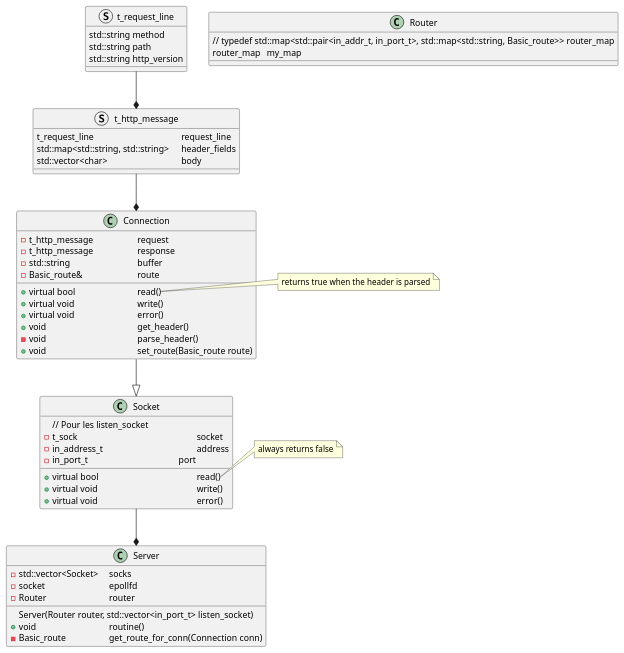
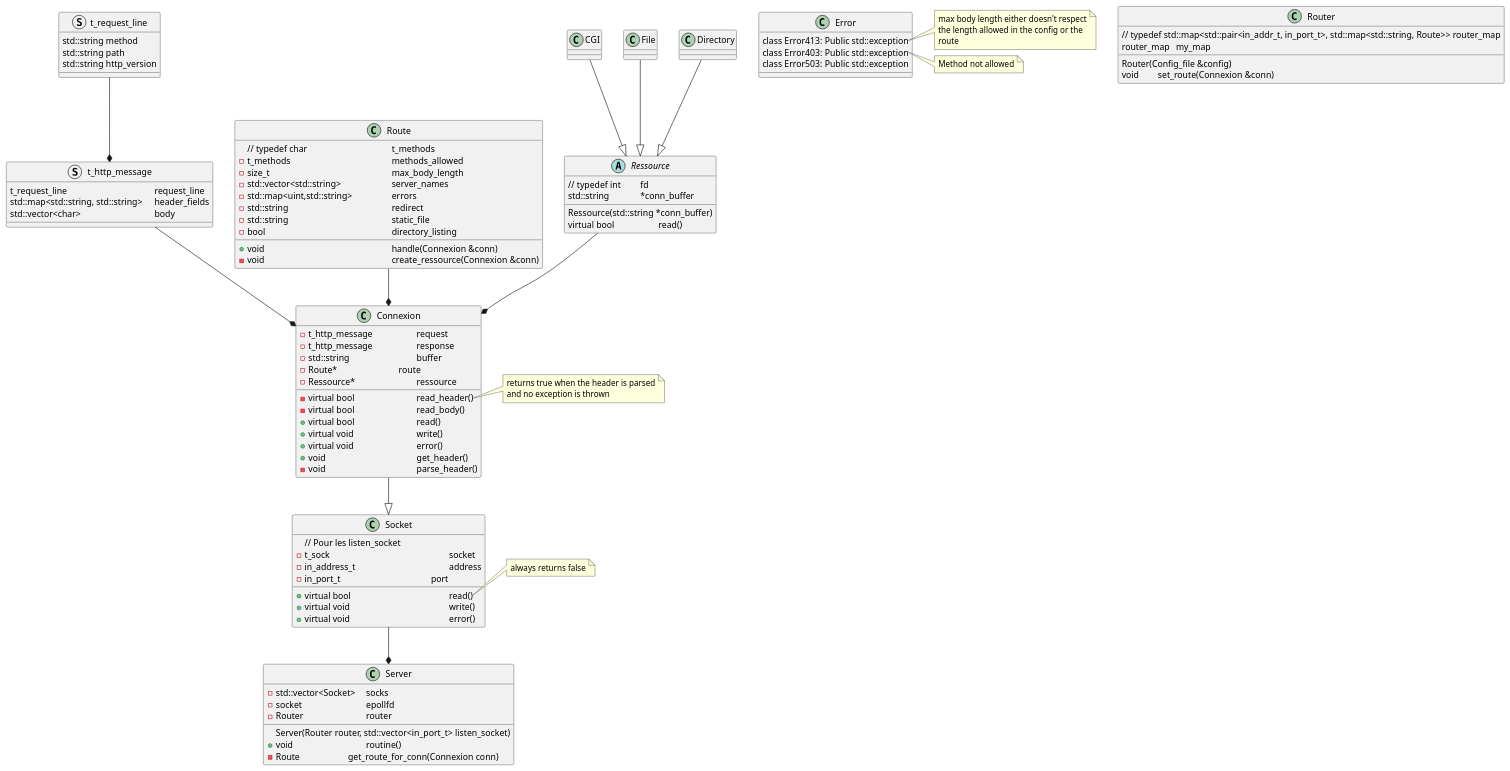
Before and after one commit to ouafabulous/webserv_42: the diagram in uml_scheme.plantuml, drawn with PlantUML.

Commit message:
uml file updated - check to-dos(Notion) of 260123

```diff
--- a/uml_scheme.plantuml
+++ b/uml_scheme.plantuml
@@ -1,66 +1,123 @@
 @startuml
 'note "typedef int t_sock" as N1
 
 struct t_request_line {
 std::string method
 std::string path
 std::string http_version
 }
 
 struct t_http_message {
 t_request_line \t\t\t\t\trequest_line
 std::map<std::string, std::string> \theader_fields
 std::vector<char> \t\t\t\tbody
 }
 
 class Socket {
 // Pour les listen_socket
 -t_sock \t\t\t\t\t\t\tsocket
 -in_address_t\t\t\t\t\t\taddress
 -in_port_t\t\t\t\t\t\tport
 +virtual bool \t\t\t\t\t\tread()
 +virtual void \t\t\t\t\t\twrite()
 +virtual void \t\t\t\t\t\terror()
 }
 note right of Socket::read
 always returns false
 endnote
 
-Connection --|> Socket
 
-class Connection {
+class Connexion {
 -t_http_message\t\t\trequest
 -t_http_message\t\t\tresponse
 -std::string \t\t\t\tbuffer
--Basic_route&\t\t\t\troute
+-Route*\t\t\t\troute
+' -catch Error:Error413
+' -catch Error:Error403
+-Ressource*\t\t\t\tressource
+-virtual bool \t\t\t\tread_header()
+-virtual bool \t\t\t\tread_body()
 +virtual bool \t\t\t\tread()
 +virtual void \t\t\t\twrite()
 +virtual void \t\t\t\terror()
 +void \t\t\t\t\tget_header()
 -void \t\t\t\t\tparse_header()
-+void \t\t\t\t\tset_route(Basic_route route)
 }
-note right of Connection::read
+note right of Connexion::read_header
 returns true when the header is parsed
+and no exception is thrown
 endnote
 
-
-Socket --* Server
 class Server {
 Server(Router router, std::vector<in_port_t> listen_socket)
 -std::vector<Socket>\tsocks
 -socket\t\t\t\tepollfd
 -Router \t\t\t\trouter
 +void\t\t\t\t\troutine()
--Basic_route\t\t\tget_route_for_conn(Connection conn)
+-Route\t\t\tget_route_for_conn(Connexion conn)
 }
 
 class Router{
-// typedef std::map<std::pair<in_addr_t, in_port_t>, std::map<std::string, Basic_route>> router_map
+// typedef std::map<std::pair<in_addr_t, in_port_t>, std::map<std::string, Route>> router_map
+Router(Config_file &config)
 router_map \tmy_map
+void \tset_route(Connexion &conn)
+}
+
+class Route{
+ // typedef char \t\t\t\t\tt_methods
+-t_methods \t\\t\t\t\t\tmethods_allowed
+-size_t \t\t\t\t\t\t\tmax_body_length
+-std::vector<std::string>   \t\t\tserver_names
+-std::map<uint,std::string> \t\t\terrors
+-std::string \t\t\t\t\t\tredirect
+-std::string \t\t\t\t\t\tstatic_file
+-bool \t\t\t\t\t\t\tdirectory_listing
+
++void \t\t\t\t\t\t\thandle(Connexion &conn)
+-void \t\t\t\t\t\t\tcreate_ressource(Connexion &conn)
+}
+
+Abstract class Ressource{
+// typedef int		fd
+Ressource(std::string *conn_buffer)
+std::string		*conn_buffer
+virtual bool			read()
+}
+
+class	CGI{
+	' catch Error::Error503
+}
+
+class 	File{
 
 }
 
+class	Directory{
+
+}
+
+class Error{
+class Error413: Public std::exception
+class Error403: Public std::exception
+class Error503: Public std::exception
+}
+note right of Error::Error413
+max body length either doesn't respect
+the length allowed in the config or the
+route
+endnote
+note right of Error::Error403
+Method not allowed
+endnote
+
+Ressource --* Connexion
+CGI--|> Ressource
+File--|> Ressource
+Directory--|> Ressource
+Connexion --|> Socket
+Socket --* Server
+Route --* Connexion
 t_request_line --* t_http_message
-t_http_message --* Connection
+t_http_message --* Connexion	
 @enduml
```
